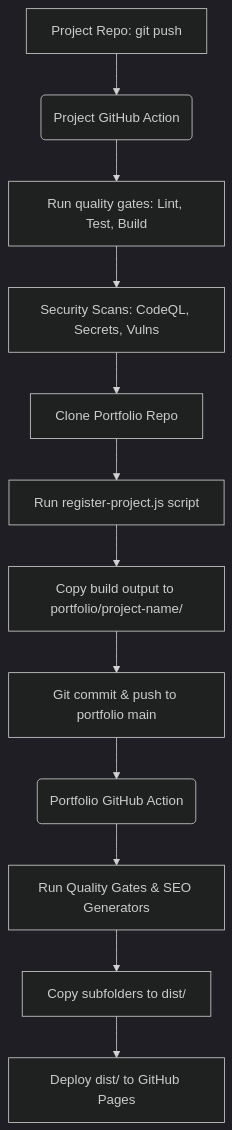
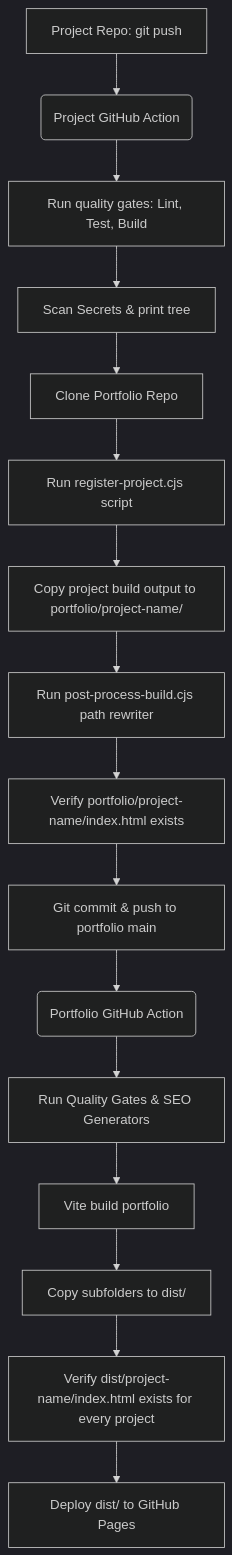
One commit to Tcode-Motion/portfolio changed the diagram in docs/automation_architecture.md. Above: the diagram before and after it, drawn with Mermaid (dark theme). The commit also changed other lines of this file and 5 other files, not shown here.

Commit message:
feat: complete redesign of CI/CD pipeline, validation quality gates, path rewriting, and tree debug logs

````diff
--- a/docs/automation_architecture.md
+++ b/docs/automation_architecture.md
@@ -21,14 +21,18 @@
 ```mermaid
 graph TD
     A[Project Repo: git push] --> B(Project GitHub Action)
     B --> C[Run quality gates: Lint, Test, Build]
-    C --> D[Security Scans: CodeQL, Secrets, Vulns]
+    C --> D[Scan Secrets & print tree]
     D --> E[Clone Portfolio Repo]
-    E --> F[Run register-project.js script]
-    F --> G[Copy build output to portfolio/project-name/]
-    G --> H[Git commit & push to portfolio main]
-    H --> I(Portfolio GitHub Action)
-    I --> J[Run Quality Gates & SEO Generators]
-    J --> K[Copy subfolders to dist/]
-    K --> L[Deploy dist/ to GitHub Pages]
+    E --> F[Run register-project.cjs script]
+    F --> G[Copy project build output to portfolio/project-name/]
+    G --> H[Run post-process-build.cjs path rewriter]
+    H --> I[Verify portfolio/project-name/index.html exists]
+    I --> J[Git commit & push to portfolio main]
+    J --> K(Portfolio GitHub Action)
+    K --> L[Run Quality Gates & SEO Generators]
+    L --> M[Vite build portfolio]
+    M --> N[Copy subfolders to dist/]
+    N --> O[Verify dist/project-name/index.html exists for every project]
+    O --> P[Deploy dist/ to GitHub Pages]
 ```
````
